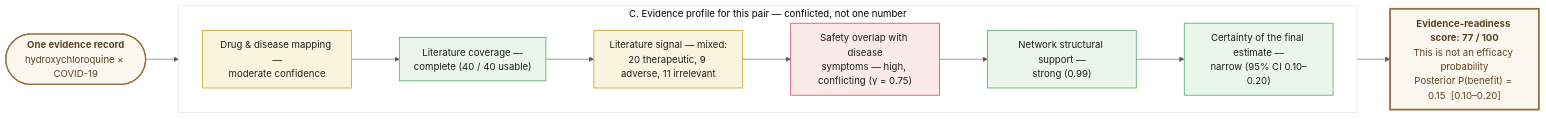
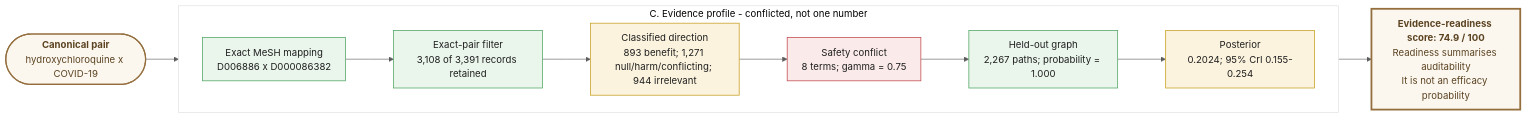
The diagram in visualisation/figure_hcq_covid_bottom.mmd (Franosei/Network-Analysis-of-Drug-Repurposing), drawn with Mermaid before and after one commit. The commit also changed 24 other files, not shown here.

Commit message:
figure review updates

```diff
--- a/visualisation/figure_hcq_covid_bottom.mmd
+++ b/visualisation/figure_hcq_covid_bottom.mmd
@@ -1,56 +1,35 @@
+%% Bottom panel: evidence profile and interpretation for the full rerun.
 %%{init: {
   "theme": "base",
-  "themeVariables": {
-    "fontFamily": "Helvetica, Arial, sans-serif",
-    "fontSize": "16px",
-    "primaryColor": "#ffffff",
-    "primaryBorderColor": "#333333",
-    "primaryTextColor": "#1F1F1F",
-    "lineColor": "#5B5B5B",
-    "clusterBkg": "#ffffff",
-    "clusterBorder": "#CCCCCC"
-  },
-  "flowchart": {
-    "curve": "linear",
-    "htmlLabels": true,
-    "nodeSpacing": 38,
-    "rankSpacing": 55,
-    "padding": 12
-  }
-} }%%
+  "themeVariables": {"fontFamily": "Arial, Helvetica, sans-serif", "fontSize": "16px", "primaryColor": "#ffffff", "primaryBorderColor": "#333333", "primaryTextColor": "#1F1F1F", "lineColor": "#5B5B5B", "clusterBkg": "#ffffff", "clusterBorder": "#CCCCCC"},
+  "flowchart": {"curve": "linear", "htmlLabels": true, "nodeSpacing": 38, "rankSpacing": 55, "padding": 12}
+}}%%
 flowchart LR
-
-    REC(["`**One evidence record**
-    hydroxychloroquine × COVID-19`"])
-
-    subgraph C[" C.  Evidence profile for this pair — conflicted, not one number "]
+    REC(["`**Canonical pair**
+    hydroxychloroquine x COVID-19`"])
+    subgraph C["C. Evidence profile - conflicted, not one number"]
         direction LR
-        PROF_MAP["Drug &amp; disease mapping —<br/>moderate confidence"]
-        PROF_COV["Literature coverage —<br/>complete (40 / 40 usable)"]
-        PROF_SIG["Literature signal — mixed:<br/>20 therapeutic, 9 adverse, 11 irrelevant"]
-        PROF_SAFETY["Safety overlap with disease<br/>symptoms — high, conflicting (γ = 0.75)"]
-        PROF_NET["Network structural support —<br/>strong (0.99)"]
-        PROF_CERT["Certainty of the final estimate —<br/>narrow (95% CI 0.10–0.20)"]
+        PROF_MAP["Exact MeSH mapping<br/>D006886 x D000086382"]
+        PROF_COV["Exact-pair filter<br/>3,108 of 3,391 records retained"]
+        PROF_SIG["Classified direction<br/>893 benefit; 1,271 null/harm/conflicting; 944 irrelevant"]
+        PROF_SAFETY["Safety conflict<br/>8 terms; gamma = 0.75"]
+        PROF_NET["Held-out graph<br/>2,267 paths; probability = 1.000"]
+        PROF_CERT["Posterior<br/>0.2024; 95% CrI 0.155-0.254"]
         PROF_MAP --> PROF_COV --> PROF_SIG --> PROF_SAFETY --> PROF_NET --> PROF_CERT
     end
-
-    SCORE["`**Evidence-readiness score: 77 / 100**
-    This is not an efficacy probability
-    Posterior P(benefit) = 0.15  [0.10–0.20]`"]
-
+    SCORE["`**Evidence-readiness score: 74.9 / 100**
+    Readiness summarises auditability
+    It is not an efficacy probability`"]
     REC --> PROF_MAP
     PROF_CERT --> SCORE
-
     classDef merge fill:#FBF7EF,stroke:#946E3D,stroke-width:2px,color:#5B4321
     classDef good fill:#EAF5EC,stroke:#55A868,stroke-width:1.3px,color:#1F1F1F
     classDef mixed fill:#FBF3DE,stroke:#C9A227,stroke-width:1.3px,color:#1F1F1F
     classDef concern fill:#FBEAEA,stroke:#C44E52,stroke-width:1.3px,color:#1F1F1F
     classDef score fill:#FBF7EF,stroke:#946E3D,stroke-width:3px,color:#5B4321
-
     class REC merge
-    class PROF_MAP,PROF_SIG mixed
-    class PROF_COV,PROF_NET,PROF_CERT good
+    class PROF_MAP,PROF_COV,PROF_NET good
+    class PROF_SIG,PROF_CERT mixed
     class PROF_SAFETY concern
     class SCORE score
-
     style C fill:#FFFFFF,stroke:#DDDDDD,stroke-width:1px
```
